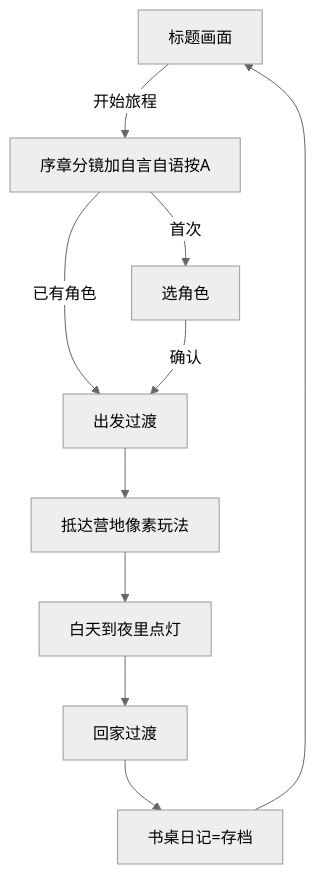
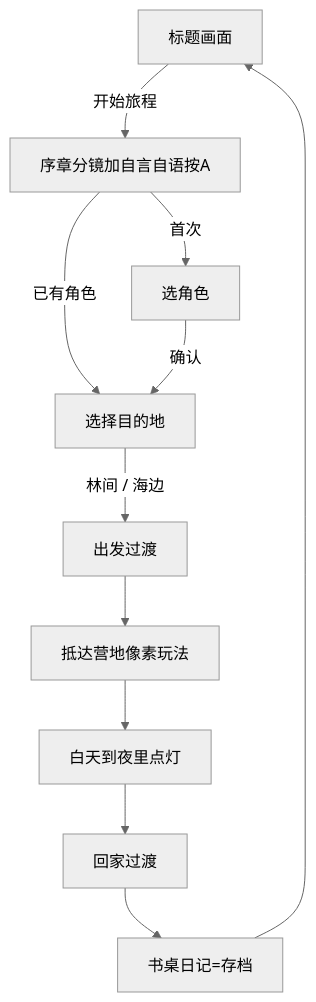
One commit to jqlong17/camping-trip changed the first of 2 diagrams in docs/游戏设计-SPEC.md. Above: the diagram before and after it, drawn with Mermaid (neutral theme). The commit also changed other lines of this file and 1129 other files, not shown here.

````diff
--- a/docs/游戏设计-SPEC.md
+++ b/docs/游戏设计-SPEC.md
@@ -57,12 +57,13 @@
 ```mermaid
 flowchart TD
   Title[标题画面] -->|开始旅程| Prologue[序章分镜加自言自语按A]
   Prologue -->|首次| Cast[选角色]
-  Prologue -->|已有角色| Depart
-  Cast -->|确认| Depart[出发过渡]
+  Prologue -->|已有角色| Destination[选择目的地]
+  Cast -->|确认| Destination
+  Destination -->|林间 / 海边| Depart[出发过渡]
   Depart --> Camp[抵达营地像素玩法]
   Camp --> DayCycle[白天到夜里点灯]
   DayCycle --> Home[回家过渡]
   Home --> Diary[书桌日记=存档]
   Diary --> Title
 ```
````
